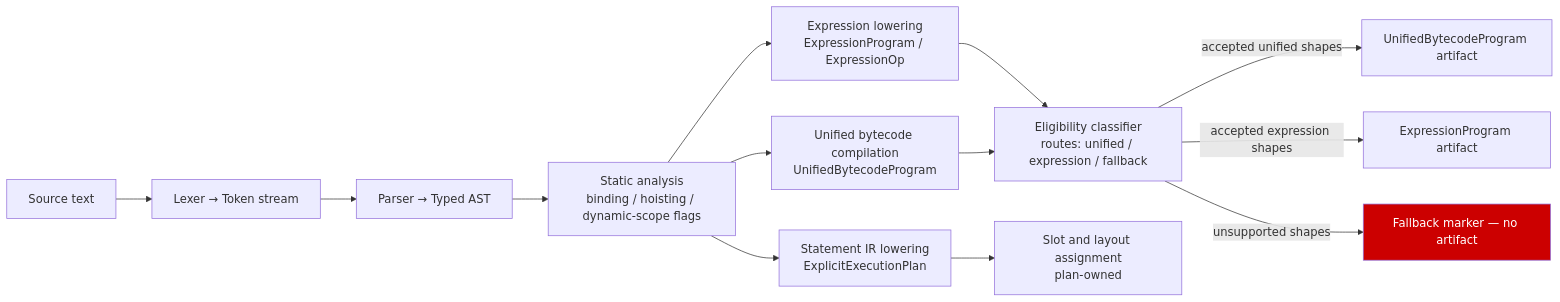
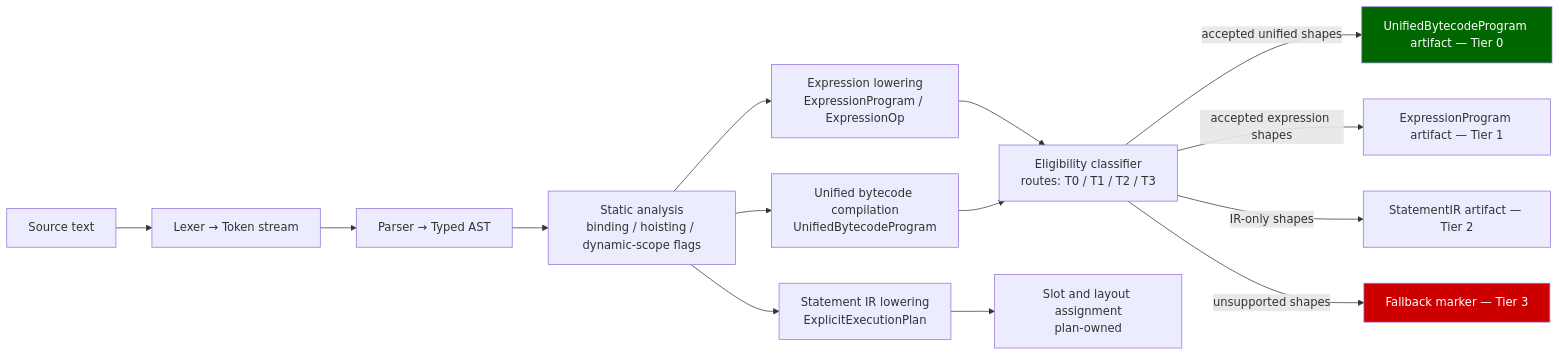
Before and after one commit to asynkron/Asynkron.JsEngine: the third of 14 diagrams in docs/dreaming.md, drawn with Mermaid. The commit also changed other lines of this file, not shown here.

First line of the commit message:
docs: improve Asynkron.JsEngine dreaming.md with 4-tier execution model

````diff
--- a/docs/dreaming.md
+++ b/docs/dreaming.md
@@ -107,26 +150,28 @@
 ```mermaid
 flowchart LR
     SRC[Source text]
     LEX[Lexer → Token stream]
     PAR[Parser → Typed AST]
     ANA[Static analysis\nbinding / hoisting / dynamic-scope flags]
     SIR[Statement IR lowering\nExplicitExecutionPlan]
     ELW[Expression lowering\nExpressionProgram / ExpressionOp]
     UBC[Unified bytecode compilation\nUnifiedBytecodeProgram]
-    ELC[Eligibility classifier\nroutes: unified / expression / fallback]
+    ELC[Eligibility classifier\nroutes: T0 / T1 / T2 / T3]
     SLT[Slot and layout assignment\nplan-owned]
 
     SRC --> LEX --> PAR --> ANA
     ANA --> SIR
     ANA --> ELW
     ANA --> UBC
     SIR --> SLT
     ELW --> ELC
     UBC --> ELC
 
-    ELC -->|accepted unified shapes| UBP[UnifiedBytecodeProgram artifact]
-    ELC -->|accepted expression shapes| EXP[ExpressionProgram artifact]
-    ELC -->|unsupported shapes| FBK[Fallback marker — no artifact]
+    ELC -->|accepted unified shapes| UBP[UnifiedBytecodeProgram artifact — Tier 0]
+    ELC -->|accepted expression shapes| EXP[ExpressionProgram artifact — Tier 1]
+    ELC -->|IR-only shapes| SIP[StatementIR artifact — Tier 2]
+    ELC -->|unsupported shapes| FBK[Fallback marker — Tier 3]
 
     style FBK fill:#c00,color:#fff
+    style UBP fill:#060,color:#fff
 ```
````
